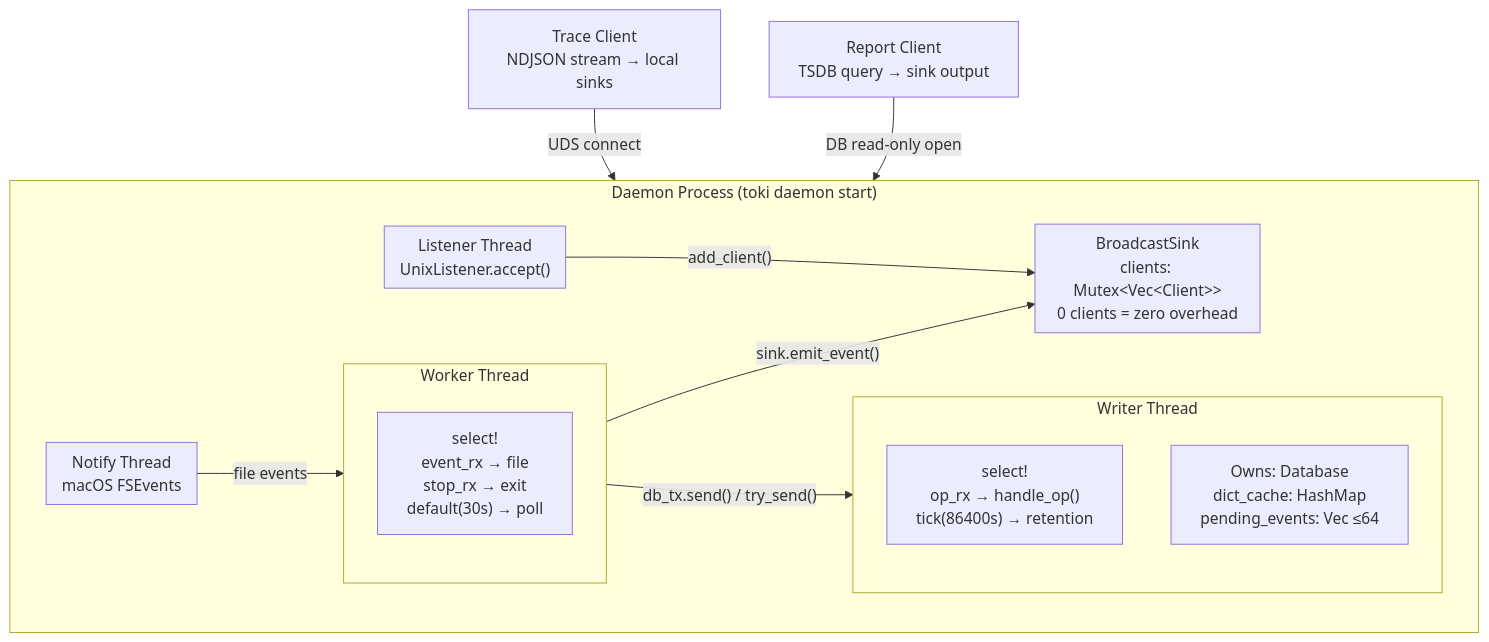
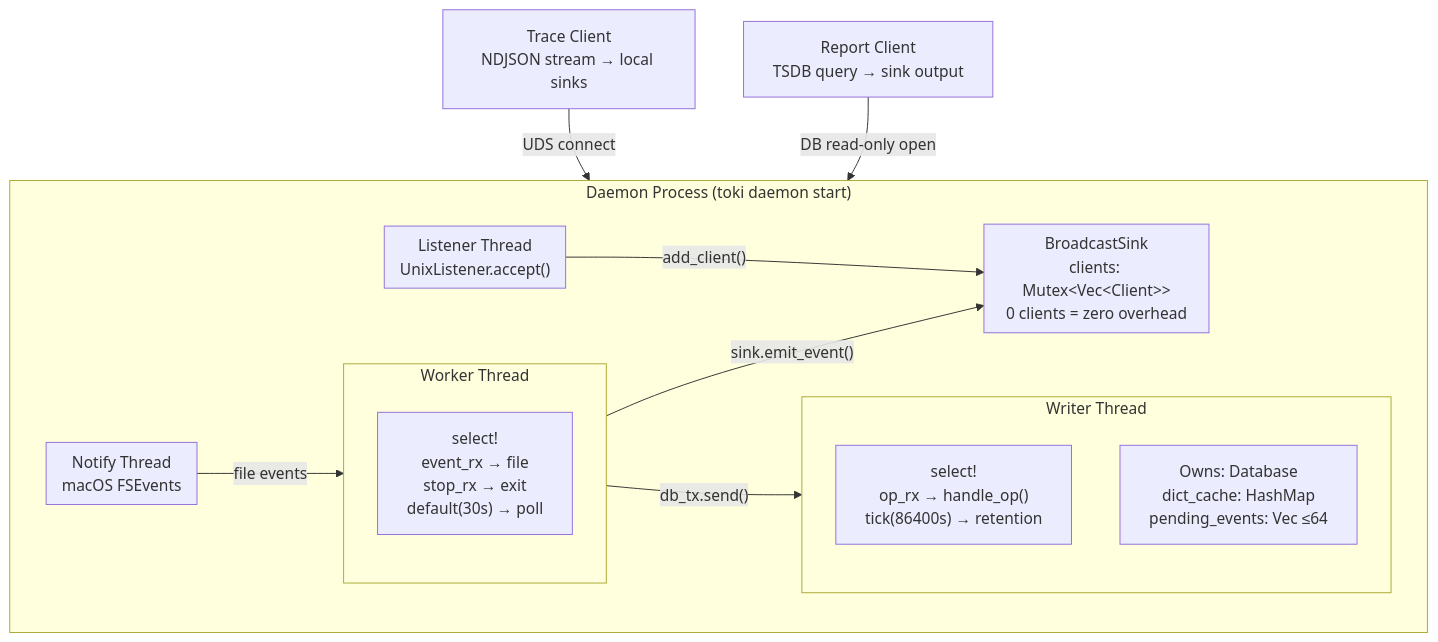
The diagram in docs/DESIGN.md (korjwl1/toki), drawn with Mermaid before and after one commit. The commit also changed other lines of this file and 5 other files, not shown here.

````diff
--- a/docs/DESIGN.md
+++ b/docs/DESIGN.md
@@ -10,30 +10,30 @@
 ```mermaid
 graph TD
     subgraph Daemon["Daemon Process (toki daemon start)"]
         subgraph Worker["Worker Thread"]
             W_select["select!<br/>event_rx → file<br/>stop_rx → exit<br/>default(30s) → poll"]
         end
 
         subgraph Writer["Writer Thread"]
             Wr_select["select!<br/>op_rx → handle_op()<br/>tick(86400s) → retention"]
             Wr_db["Owns: Database<br/>dict_cache: HashMap<br/>pending_events: Vec ≤64"]
         end
 
         subgraph Notify["Notify Thread<br/>macOS FSEvents"]
         end
 
         subgraph Broadcast["BroadcastSink<br/>clients: Mutex&lt;Vec&lt;Client&gt;&gt;<br/>0 clients = zero overhead"]
         end
 
         subgraph Listener["Listener Thread<br/>UnixListener.accept()"]
         end
     end
 
     Notify -->|"file events"| Worker
-    Worker -->|"db_tx.send() / try_send()"| Writer
+    Worker -->|"db_tx.send()"| Writer
     Worker -->|"sink.emit_event()"| Broadcast
     Listener -->|"add_client()"| Broadcast
 
     TraceClient["Trace Client<br/>NDJSON stream → local sinks"] -->|"UDS connect"| Daemon
     ReportClient["Report Client<br/>TSDB query → sink output"] -->|"DB read-only open"| Daemon
 ```
````
